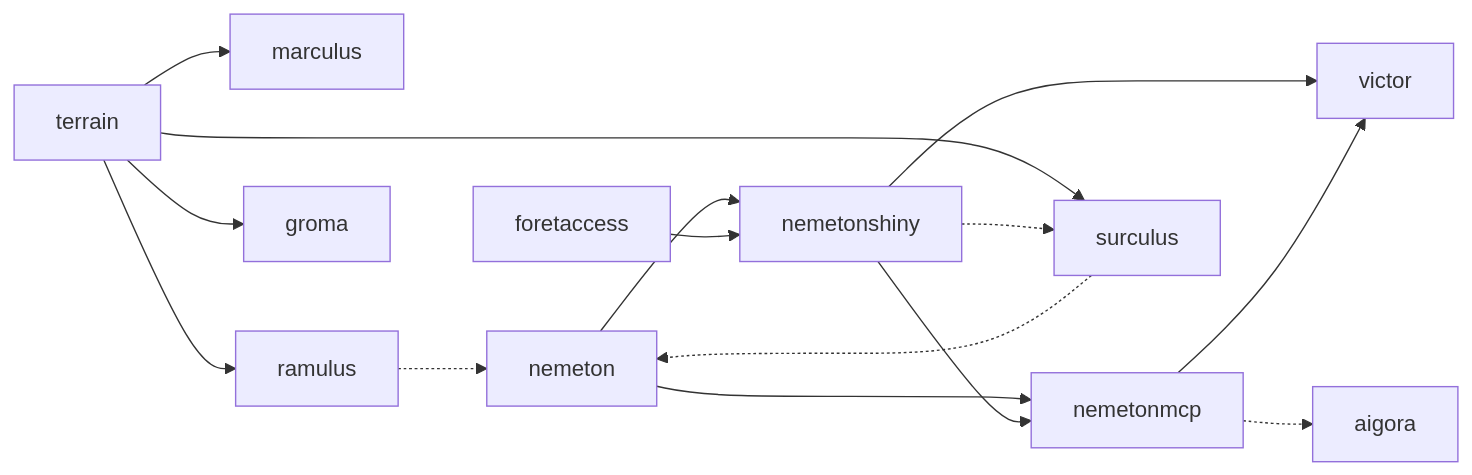
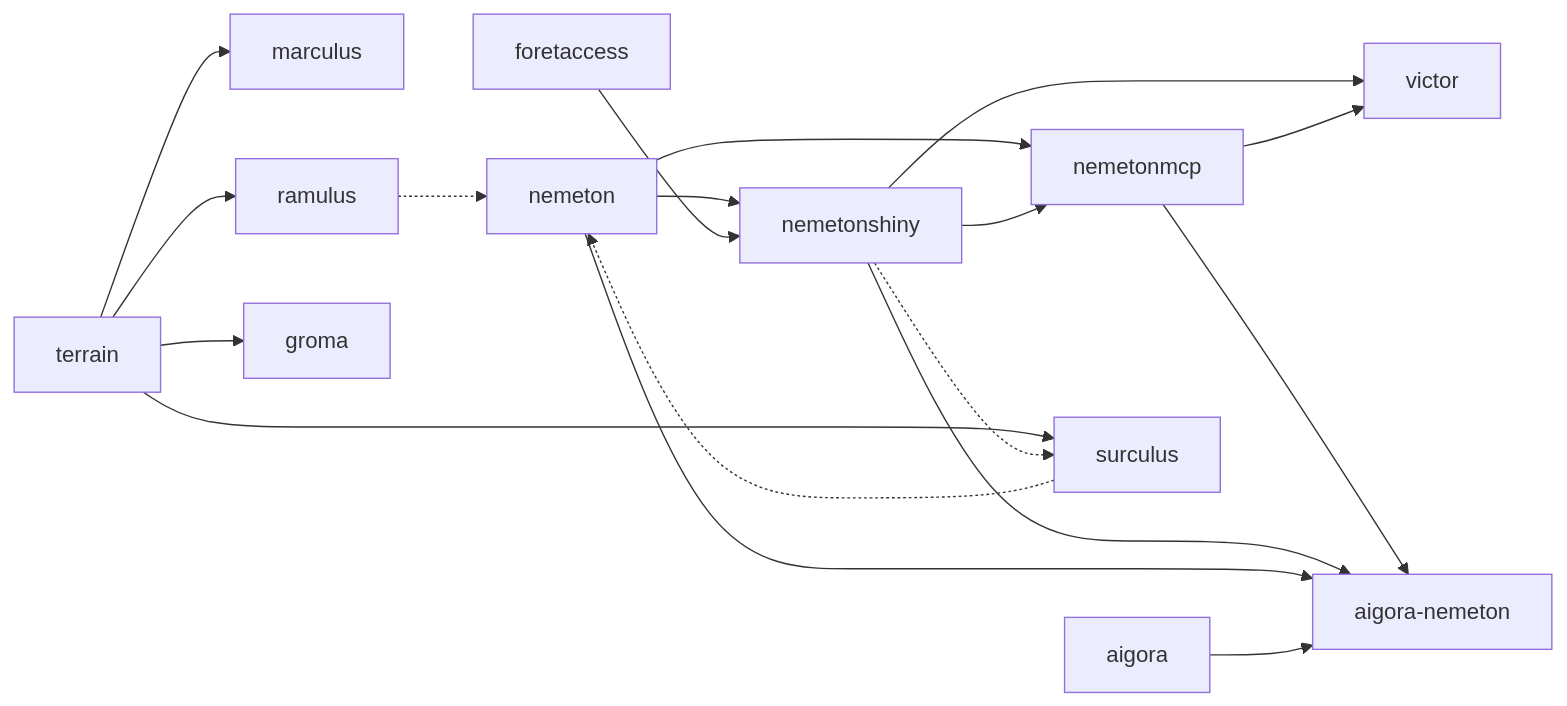
Before and after one commit to pobsteta/nemetonplateform: the diagram in docs/carte-dependances.md, drawn with Mermaid. The commit also changed other lines of this file and 3 other files, not shown here.

First line of the commit message:
carte : aigora-nemeton ajouté, le lien d'aigora passe par lui (décision de Pascal)

````diff
--- a/docs/carte-dependances.md
+++ b/docs/carte-dependances.md
@@ -36,17 +45,20 @@
 ```mermaid
 flowchart LR
   nemeton --> nemetonshiny
   foretaccess --> nemetonshiny
   nemeton --> nemetonmcp
   nemetonshiny --> nemetonmcp
   nemetonshiny --> victor
   nemetonmcp --> victor
-  nemetonmcp -.-> aigora
+  nemetonmcp --> aigora_nemeton[aigora-nemeton]
+  nemetonshiny --> aigora_nemeton
+  nemeton --> aigora_nemeton
+  aigora --> aigora_nemeton
   terrain --> marculus
   terrain --> surculus
   terrain --> ramulus
   terrain --> groma
   nemetonshiny -.-> surculus
   surculus -.-> nemeton
   ramulus -.-> nemeton
 ```
````
